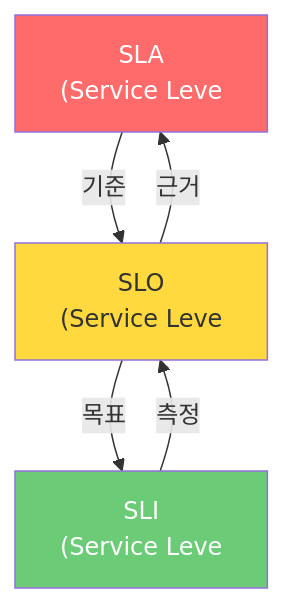
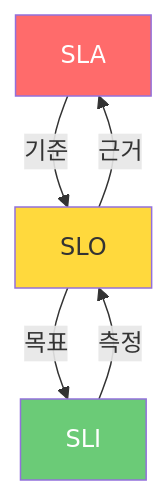
Before and after one commit to yjkim2015/yjkim2015.github.io: the second of 8 diagrams in _posts/monitoring/2026-05-03-sre-golden-signals.md, drawn with Mermaid. The commit also changed other lines of this file and 217 other files, not shown here.

First line of the commit message:
Mermaid 크기 수정: useMaxWidth:true + SVG max-width:100% + 라벨 축소

````diff
--- a/_posts/monitoring/2026-05-03-sre-golden-signals.md
+++ b/_posts/monitoring/2026-05-03-sre-golden-signals.md
@@ -170,13 +170,13 @@
 ```mermaid
 graph TD
-    SLA["SLA\n(Service Leve"]
-    SLO["SLO\n(Service Leve"]
-    SLI["SLI\n(Service Leve"]
+    SLA["SLA"]
+    SLO["SLO"]
+    SLI["SLI"]
     SLI -->|"측정"| SLO
     SLO -->|"근거"| SLA
     SLA -->|"기준"| SLO
     SLO -->|"목표"| SLI
     style SLA fill:#ff6b6b,color:#fff
     style SLO fill:#ffd93d,color:#333
     style SLI fill:#6bcb77,color:#fff
 ```
````
